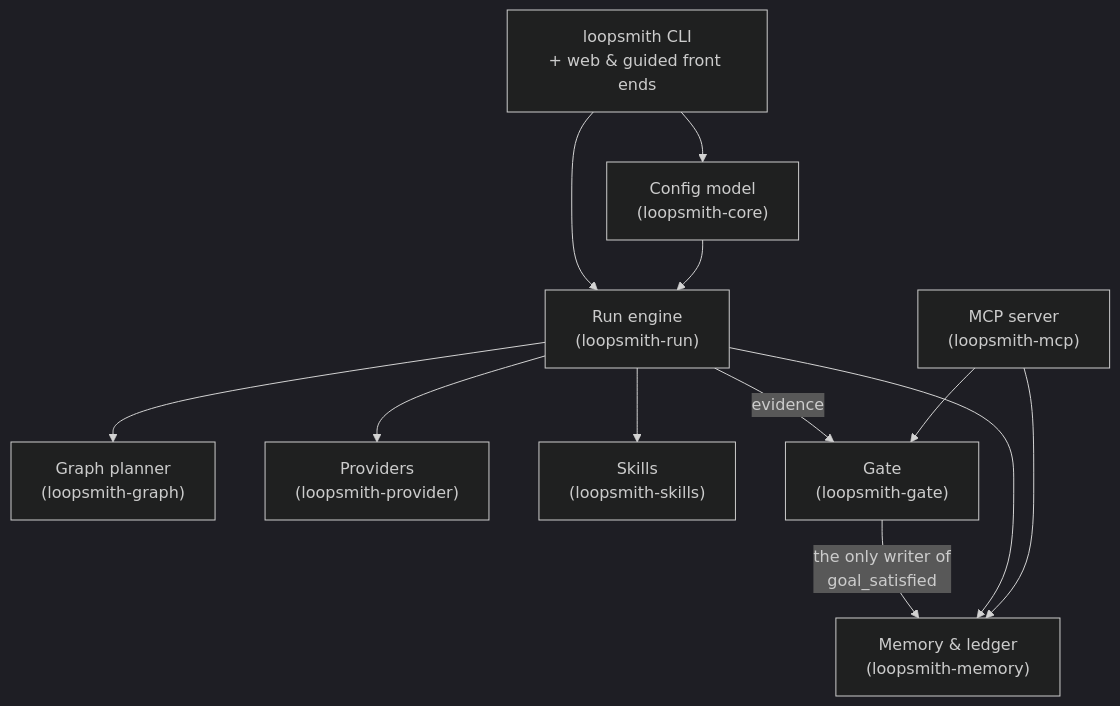
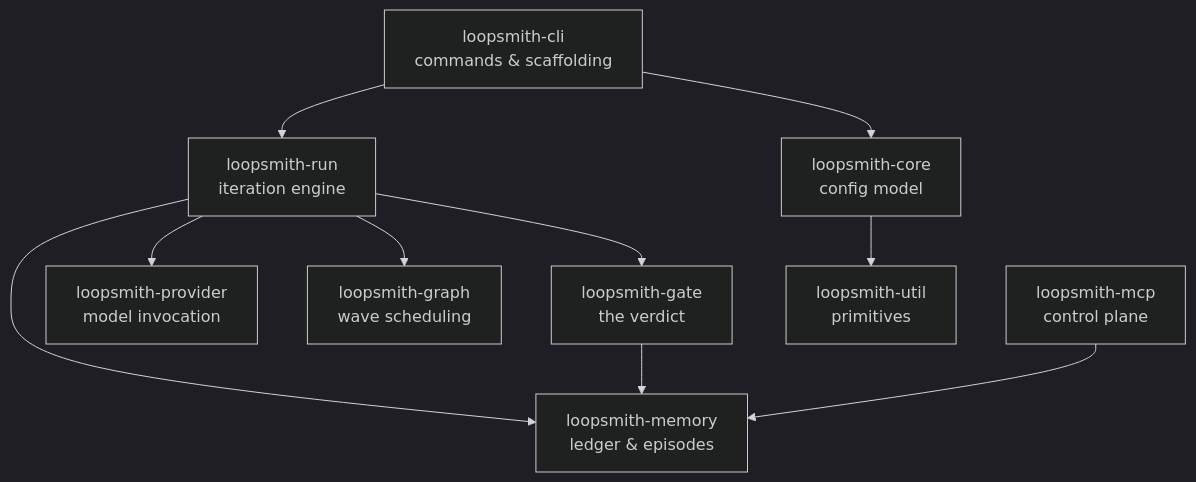
One commit to bitphill/loopsmith changed the diagram in wiki/overview.md. Above: the diagram before and after it, drawn with Mermaid (dark theme). The commit also changed other lines of this file and 5 other files, not shown here.

````diff
--- a/wiki/overview.md
+++ b/wiki/overview.md
@@ -19,14 +15,22 @@
 ```mermaid
 graph TD
-    CLI["loopsmith CLI<br/>+ web & guided front ends"] --> CFG["Config model<br/>(loopsmith-core)"]
-    CLI --> RUN["Run engine<br/>(loopsmith-run)"]
-    CFG --> RUN
-    RUN --> GRAPH["Graph planner<br/>(loopsmith-graph)"]
-    RUN --> PROV["Providers<br/>(loopsmith-provider)"]
-    RUN --> SKILL["Skills<br/>(loopsmith-skills)"]
-    RUN -->|evidence| GATE["Gate<br/>(loopsmith-gate)"]
-    GATE -->|"the only writer of<br/>goal_satisfied"| MEM["Memory & ledger<br/>(loopsmith-memory)"]
+    CLI[loopsmith-cli<br/>commands & scaffolding]
+    CORE[loopsmith-core<br/>config model]
+    RUN[loopsmith-run<br/>iteration engine]
+    GATE[loopsmith-gate<br/>the verdict]
+    PROV[loopsmith-provider<br/>model invocation]
+    MEM[loopsmith-memory<br/>ledger & episodes]
+    GRAPH[loopsmith-graph<br/>wave scheduling]
+    MCP[loopsmith-mcp<br/>control plane]
+    UTIL[loopsmith-util<br/>primitives]
+
+    CLI --> CORE
+    CLI --> RUN
+    RUN --> GRAPH
+    RUN --> PROV
+    RUN --> GATE
     RUN --> MEM
-    MCP["MCP server<br/>(loopsmith-mcp)"] --> MEM
-    MCP --> GATE
+    GATE --> MEM
+    MCP --> MEM
+    CORE --> UTIL
 ```
````
